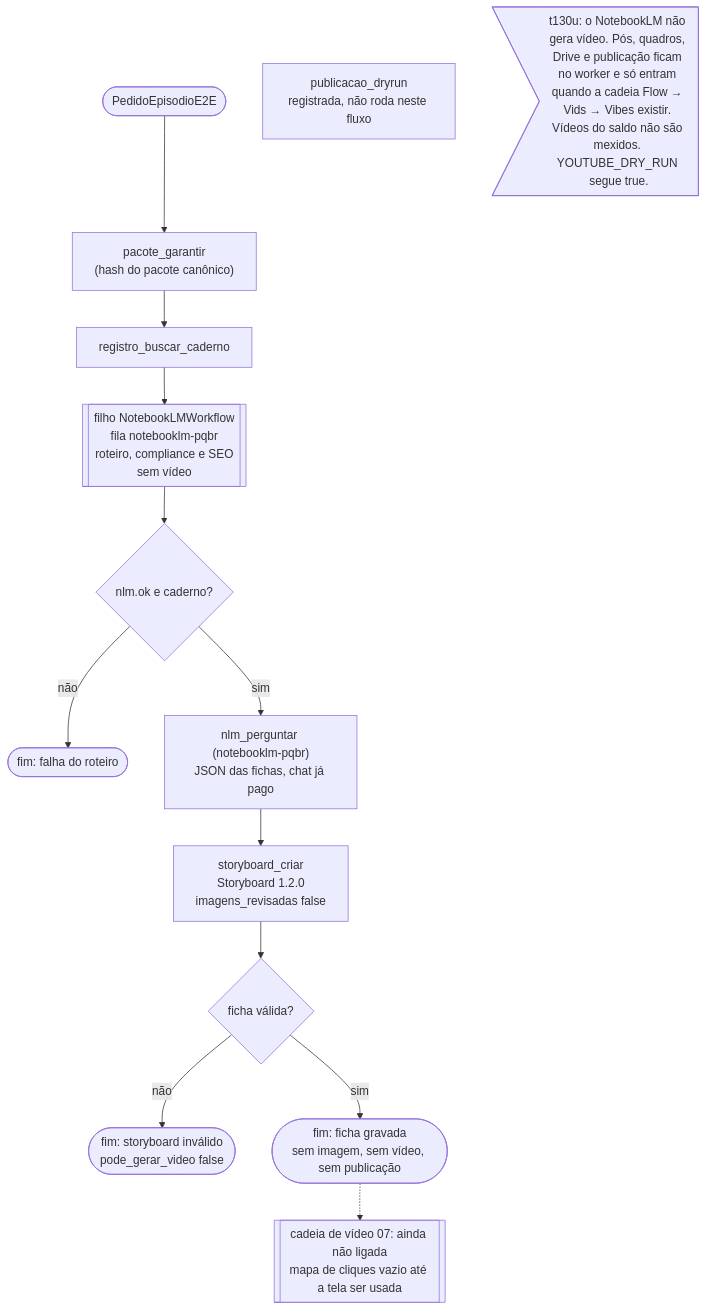
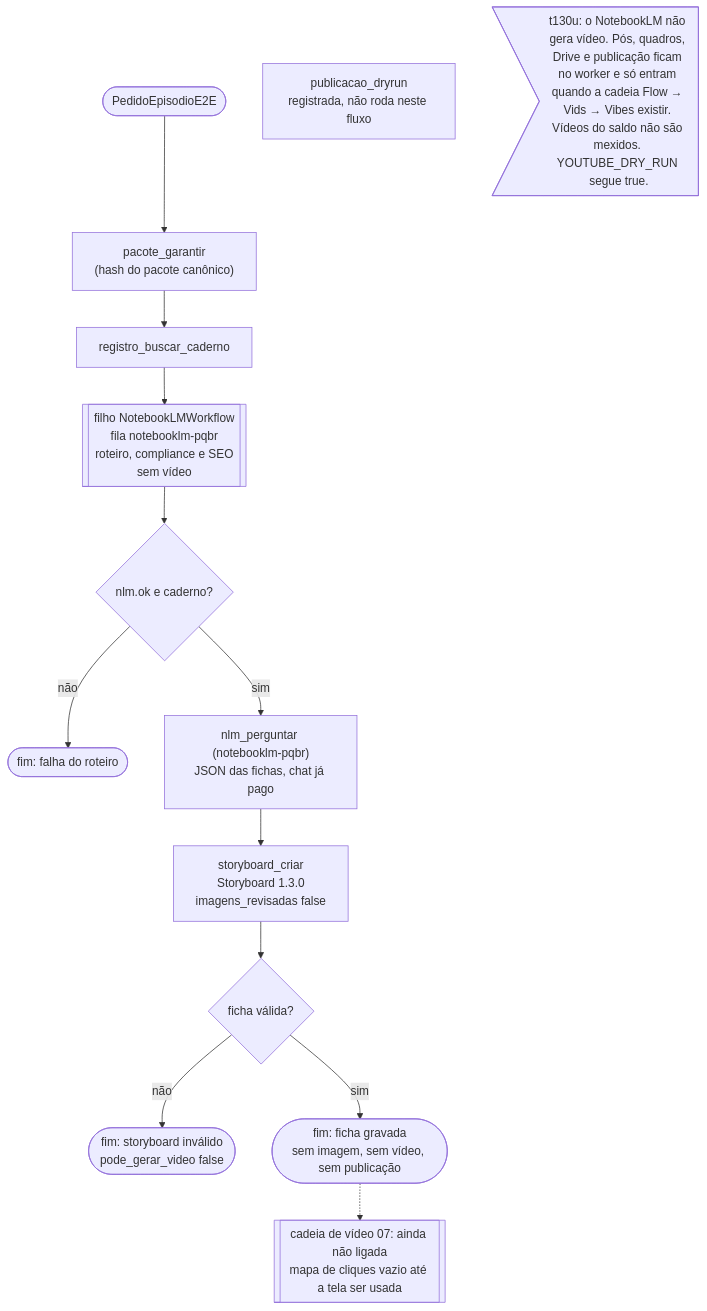
One commit to jvmendesjr/PQBR changed the diagram in docs/mapa/01-episodio.mmd. Above: the diagram before and after it, drawn with Mermaid. The commit also changed 114 other files, not shown here.

```diff
--- a/docs/mapa/01-episodio.mmd
+++ b/docs/mapa/01-episodio.mmd
@@ -1,16 +1,16 @@
 %% EpisodioWorkflow (src/pqbr/workflows/episodio.py) — fila episodio-pqbr. t130u: para no storyboard.
 flowchart TD
   S(["PedidoEpisodioE2E"]) --> A1["pacote_garantir<br/>(hash do pacote canônico)"]
   A1 --> A2["registro_buscar_caderno"]
   A2 --> W1[["filho NotebookLMWorkflow<br/>fila notebooklm-pqbr<br/>roteiro, compliance e SEO<br/>sem vídeo"]]
   W1 --> D1{"nlm.ok e caderno?"}
   D1 -- não --> F1(["fim: falha do roteiro"])
   D1 -- sim --> A3["nlm_perguntar (notebooklm-pqbr)<br/>JSON das fichas, chat já pago"]
-  A3 --> A4["storyboard_criar<br/>Storyboard 1.2.0<br/>imagens_revisadas false"]
+  A3 --> A4["storyboard_criar<br/>Storyboard 1.3.0<br/>imagens_revisadas false"]
   A4 --> D2{"ficha válida?"}
   D2 -- não --> F2(["fim: storyboard inválido<br/>pode_gerar_video false"])
   D2 -- sim --> F3(["fim: ficha gravada<br/>sem imagem, sem vídeo, sem publicação"])
   PUB["publicacao_dryrun<br/>registrada, não roda neste fluxo"]
   N>"t130u: o NotebookLM não gera vídeo. Pós, quadros, Drive e publicação ficam no worker e só entram quando a cadeia Flow → Vids → Vibes existir. Vídeos do saldo não são mexidos. YOUTUBE_DRY_RUN segue true."]
   CV[["cadeia de vídeo 07: ainda não ligada<br/>mapa de cliques vazio até a tela ser usada"]]
   F3 -.-> CV
```
